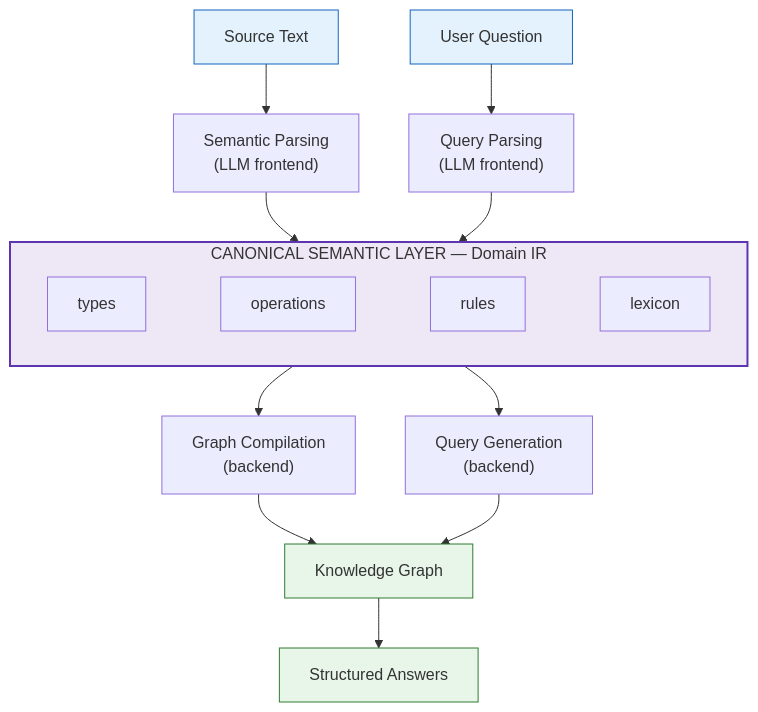
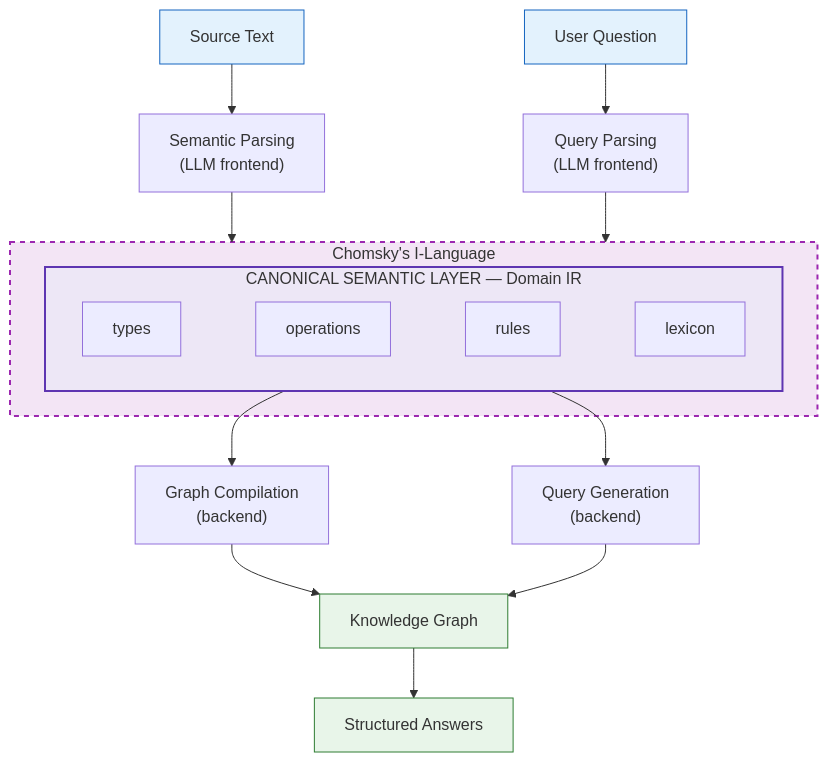
One commit to borisdev/borisdev.github.io changed the second of 2 diagrams in docs/domain-grammar-compiler.md. Above: the diagram before and after it, drawn with Mermaid. The commit also changed other lines of this file, not shown here.

Commit message:
Add Chomsky's I-Language as outer box around Domain IR in diagram
The Domain IR lives inside the I-Language, not the other way around.
Dashed outer box shows the I-Language as the full internalized system;
the IR is the deterministic subset that discards ambiguity, audience
framing, and lexical variation.

````diff
--- a/docs/domain-grammar-compiler.md
+++ b/docs/domain-grammar-compiler.md
@@ -144,26 +144,29 @@
 ```mermaid
 flowchart TD
     ST["Source Text"] --> SP["Semantic Parsing<br>(LLM frontend)"]
     UQ["User Question"] --> QP["Query Parsing<br>(LLM frontend)"]
 
-    SP --> CIR
-    QP --> CIR
+    SP --> IL
+    QP --> IL
 
-    subgraph CIR["CANONICAL SEMANTIC LAYER — Domain IR"]
-        direction LR
-        types["types"] ~~~ ops["operations"] ~~~ rules["rules"] ~~~ lex["lexicon"]
+    subgraph IL["Chomsky's I-Language"]
+        subgraph CIR["CANONICAL SEMANTIC LAYER — Domain IR"]
+            direction LR
+            types["types"] ~~~ ops["operations"] ~~~ rules["rules"] ~~~ lex["lexicon"]
+        end
     end
 
     CIR --> GC["Graph Compilation<br>(backend)"]
     CIR --> QG["Query Generation<br>(backend)"]
 
     GC --> KG["Knowledge Graph"]
     QG --> KG
     KG --> SA["Structured Answers"]
 
+    style IL fill:#f3e5f5,stroke:#9c27b0,stroke-width:2px,stroke-dasharray: 5 5
     style CIR fill:#ede7f6,stroke:#5e35b1,stroke-width:2px
     style ST fill:#e3f2fd,stroke:#1565c0
     style UQ fill:#e3f2fd,stroke:#1565c0
     style KG fill:#e8f5e9,stroke:#2e7d32
     style SA fill:#e8f5e9,stroke:#2e7d32
 ```
````
